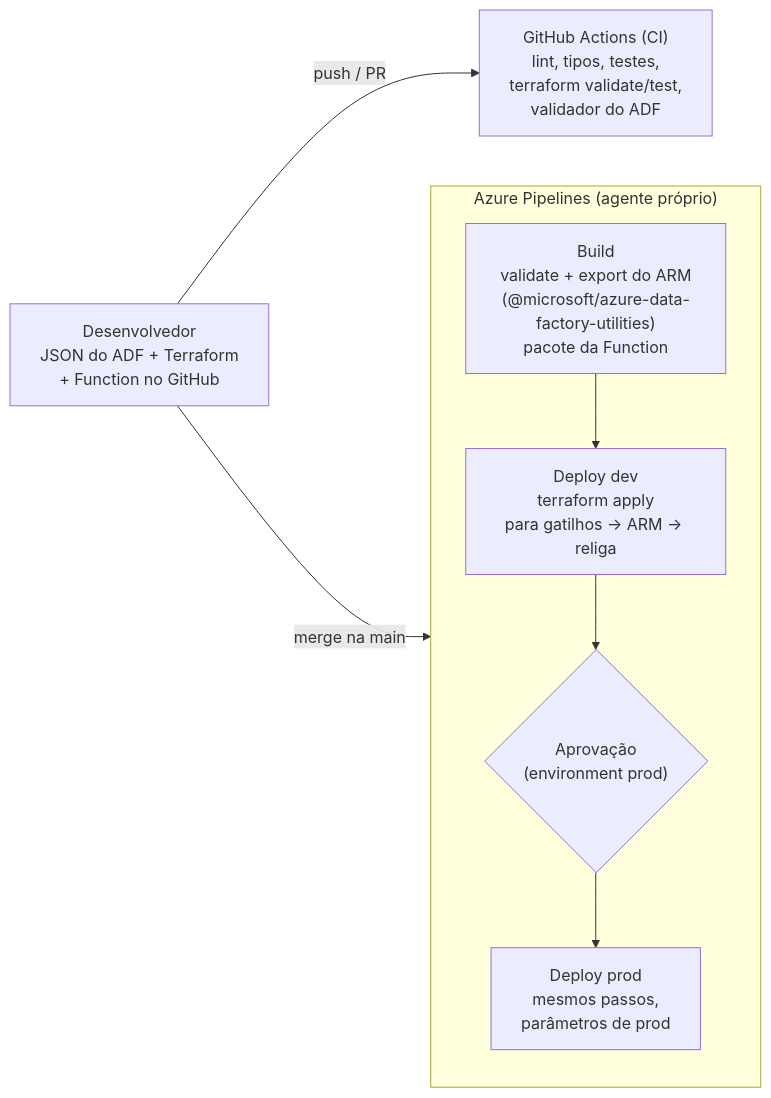
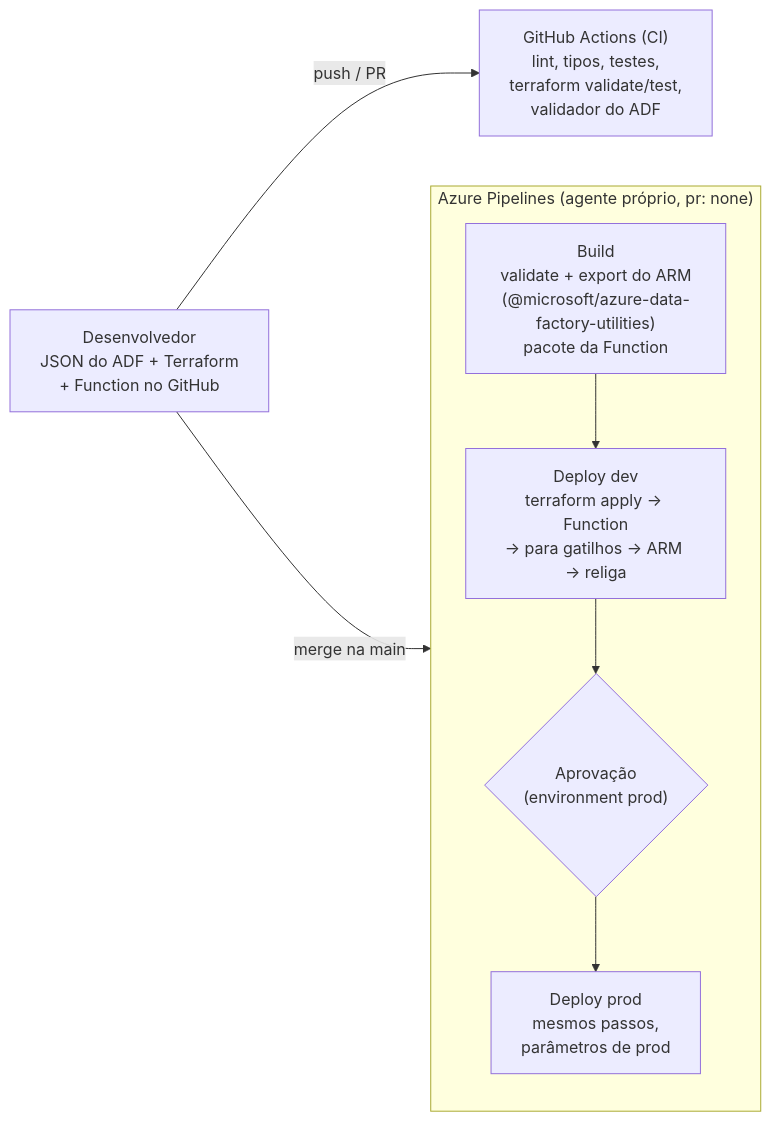
The third of 3 diagrams in docs/arquitetura.md (alanjoffre/cvm-azure-data-lake), drawn with Mermaid before and after one commit. The commit also changed other lines of this file and 4 other files, not shown here.

````diff
--- a/docs/arquitetura.md
+++ b/docs/arquitetura.md
@@ -159,10 +188,10 @@
 ```mermaid
 flowchart LR
     DEV["Desenvolvedor<br/>JSON do ADF + Terraform<br/>+ Function no GitHub"] -- "push / PR" --> GHA["GitHub Actions (CI)<br/>lint, tipos, testes,<br/>terraform validate/test,<br/>validador do ADF"]
     DEV -- "merge na main" --> AZP
-    subgraph AZP["Azure Pipelines (agente próprio)"]
-        B1["Build<br/>validate + export do ARM<br/>(@microsoft/azure-data-factory-utilities)<br/>pacote da Function"] --> D1["Deploy dev<br/>terraform apply<br/>para gatilhos → ARM → religa"]
+    subgraph AZP["Azure Pipelines (agente próprio, pr: none)"]
+        B1["Build<br/>validate + export do ARM<br/>(@microsoft/azure-data-factory-utilities)<br/>pacote da Function"] --> D1["Deploy dev<br/>terraform apply → Function<br/>→ para gatilhos → ARM → religa"]
         D1 --> A{"Aprovação<br/>(environment prod)"}
         A --> P1["Deploy prod<br/>mesmos passos,<br/>parâmetros de prod"]
     end
 ```
````
